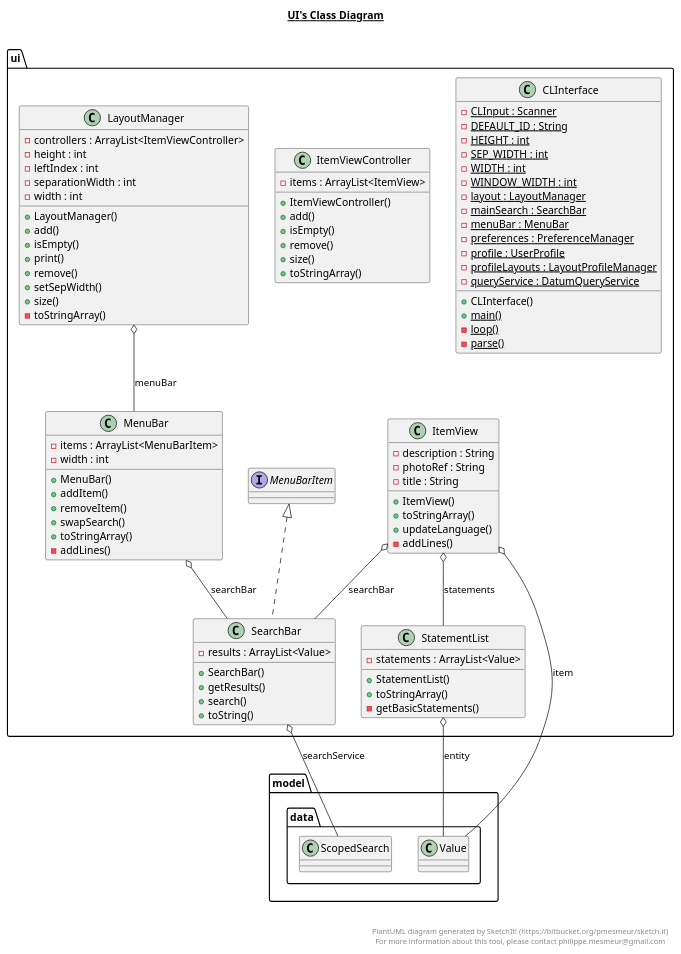
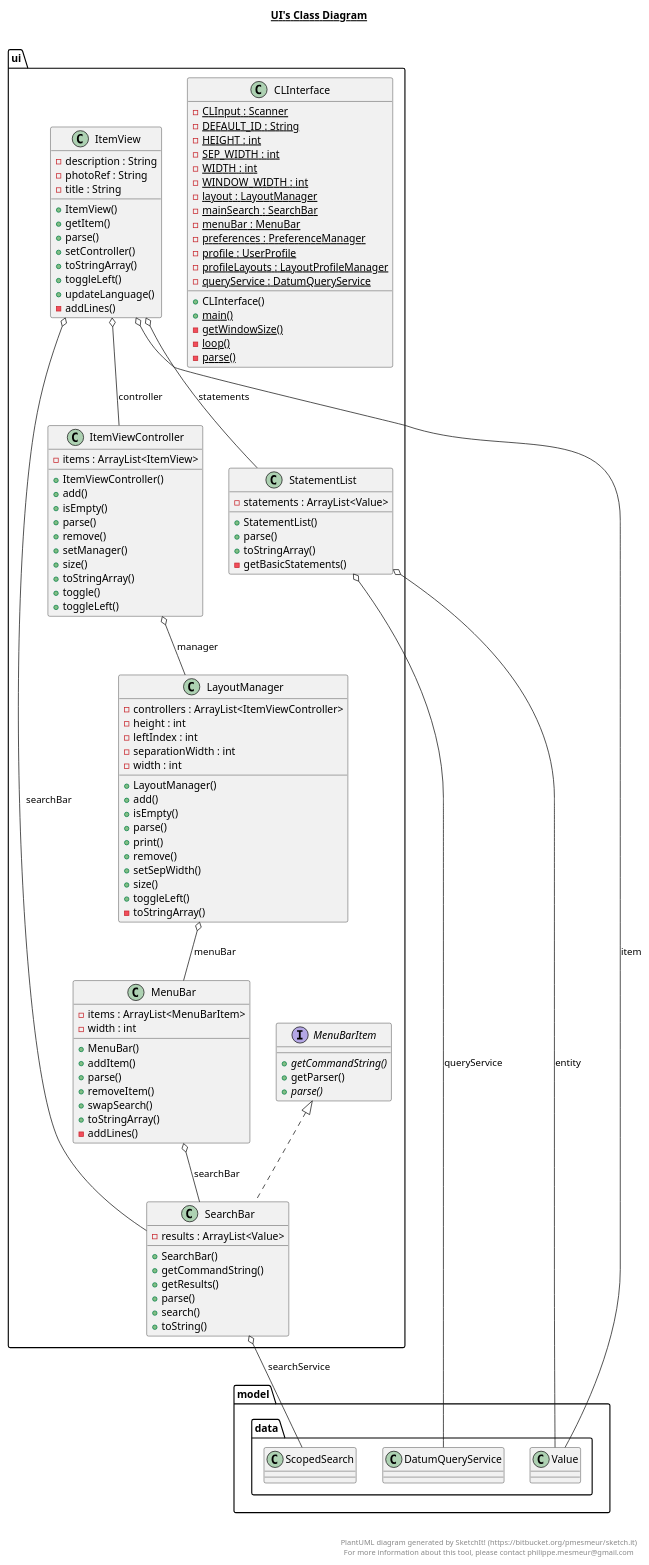
The diagram in src/main/ui/ui.plantuml (Bryce-MW/WikidataExplorer), drawn with PlantUML before and after one commit. The commit also changed 6 other files, not shown here.

Commit message:
Updated UML diagrams. There are a lot of circular dependencies!

```diff
--- a/src/main/ui/ui.plantuml
+++ b/src/main/ui/ui.plantuml
@@ -1,131 +1,152 @@
 @startuml
 
 title __UI's Class Diagram__\n
 
   namespace ui {
     class ui.CLInterface {
         {static} - CLInput : Scanner
         {static} - DEFAULT_ID : String
         {static} - HEIGHT : int
         {static} - SEP_WIDTH : int
         {static} - WIDTH : int
         {static} - WINDOW_WIDTH : int
         {static} - layout : LayoutManager
         {static} - mainSearch : SearchBar
         {static} - menuBar : MenuBar
         {static} - preferences : PreferenceManager
         {static} - profile : UserProfile
         {static} - profileLayouts : LayoutProfileManager
         {static} - queryService : DatumQueryService
         + CLInterface()
         {static} + main()
+        {static} - getWindowSize()
         {static} - loop()
         {static} - parse()
     }
   }
   
 
   namespace ui {
     class ui.ItemView {
         - description : String
         - photoRef : String
         - title : String
         + ItemView()
+        + getItem()
+        + parse()
+        + setController()
         + toStringArray()
+        + toggleLeft()
         + updateLanguage()
         - addLines()
     }
   }
   
 
   namespace ui {
     class ui.ItemViewController {
         - items : ArrayList<ItemView>
         + ItemViewController()
         + add()
         + isEmpty()
+        + parse()
         + remove()
+        + setManager()
         + size()
         + toStringArray()
+        + toggle()
+        + toggleLeft()
     }
   }
   
 
   namespace ui {
     class ui.LayoutManager {
         - controllers : ArrayList<ItemViewController>
         - height : int
         - leftIndex : int
         - separationWidth : int
         - width : int
         + LayoutManager()
         + add()
         + isEmpty()
+        + parse()
         + print()
         + remove()
         + setSepWidth()
         + size()
+        + toggleLeft()
         - toStringArray()
     }
   }
   
 
   namespace ui {
     class ui.MenuBar {
         - items : ArrayList<MenuBarItem>
         - width : int
         + MenuBar()
         + addItem()
+        + parse()
         + removeItem()
         + swapSearch()
         + toStringArray()
         - addLines()
     }
   }
   
 
   namespace ui {
     interface ui.MenuBarItem {
+        {abstract} + getCommandString()
+        + getParser()
+        {abstract} + parse()
     }
   }
   
 
   namespace ui {
     class ui.SearchBar {
         - results : ArrayList<Value>
         + SearchBar()
+        + getCommandString()
         + getResults()
+        + parse()
         + search()
         + toString()
     }
   }
   
 
   namespace ui {
     class ui.StatementList {
         - statements : ArrayList<Value>
         + StatementList()
+        + parse()
         + toStringArray()
         - getBasicStatements()
     }
   }
   
 
+  ui.ItemView o-- ui.ItemViewController : controller
   ui.ItemView o-- model.data.Value : item
   ui.ItemView o-- ui.SearchBar : searchBar
   ui.ItemView o-- ui.StatementList : statements
+  ui.ItemViewController o-- ui.LayoutManager : manager
   ui.LayoutManager o-- ui.MenuBar : menuBar
   ui.MenuBar o-- ui.SearchBar : searchBar
   ui.SearchBar .up.|> ui.MenuBarItem
   ui.SearchBar o-- model.data.ScopedSearch : searchService
   ui.StatementList o-- model.data.Value : entity
+  ui.StatementList o-- model.data.DatumQueryService : queryService
 
 
 right footer
 
 
 PlantUML diagram generated by SketchIt! (https://bitbucket.org/pmesmeur/sketch.it)
 For more information about this tool, please contact philippe.mesmeur@gmail.com
 endfooter
 
 @enduml
```
